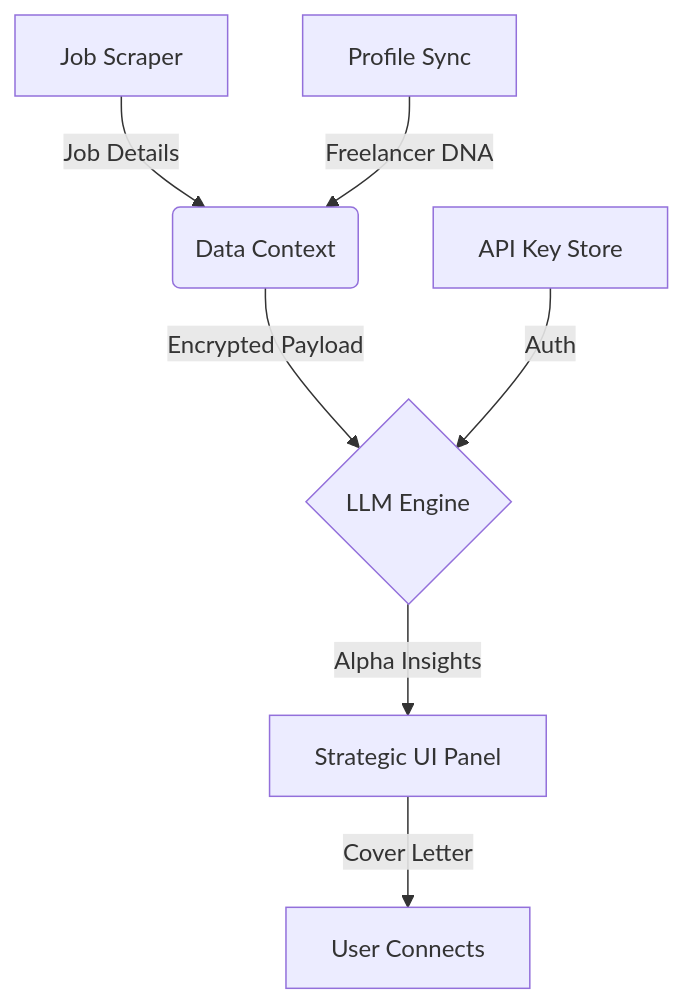
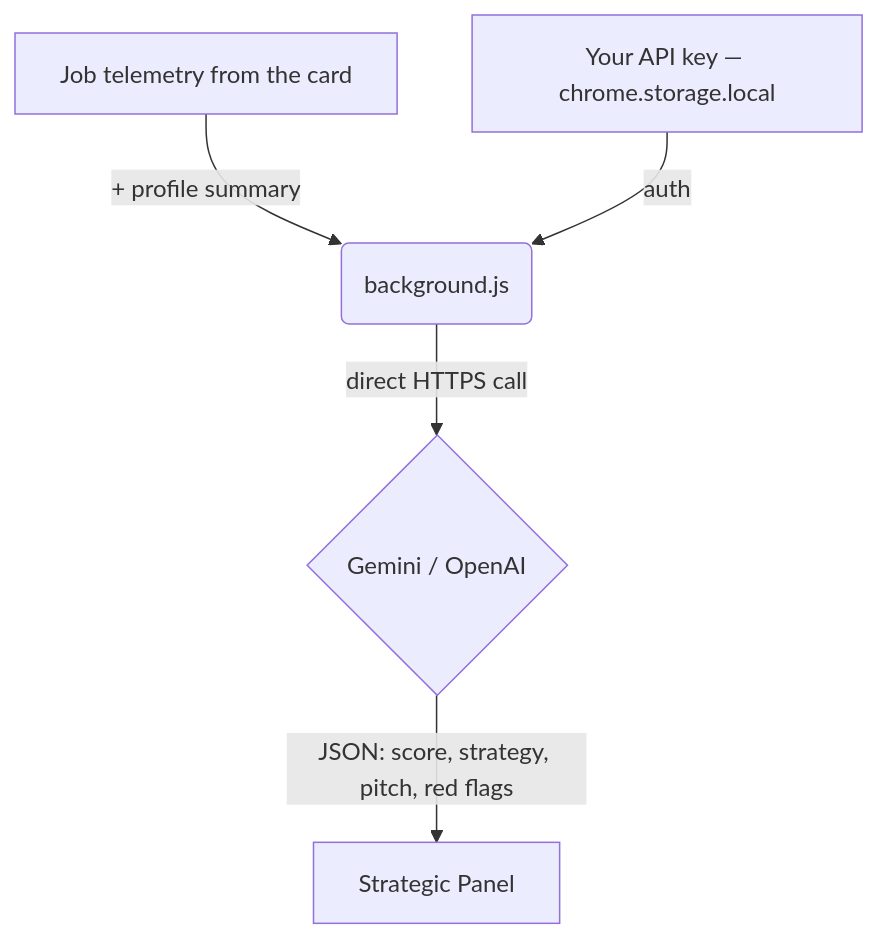
Before and after one commit to pankaj-kumar-techie/upwork-match-extension: the diagram in docs/ai-integration.md, drawn with Mermaid. The commit also changed other lines of this file and 15 other files, not shown here.

````diff
--- a/docs/ai-integration.md
+++ b/docs/ai-integration.md
@@ -15,9 +20,7 @@
 ```mermaid
 graph TD
-    A[Job Scraper] -->|Job Details| B(Data Context)
-    C[Profile Sync] -->|Freelancer DNA| B
-    B -->|Encrypted Payload| D{LLM Engine}
-    E[API Key Store] -->|Auth| D
-    D -->|Alpha Insights| F[Strategic UI Panel]
-    F -->|Cover Letter| G[User Connects]
+    A[Job telemetry from the card] -->|+ profile summary| B(background.js)
+    K[Your API key — chrome.storage.local] -->|auth| B
+    B -->|direct HTTPS call| D{Gemini / OpenAI}
+    D -->|JSON: score, strategy, pitch, red flags| F[Strategic Panel]
 ```
````
